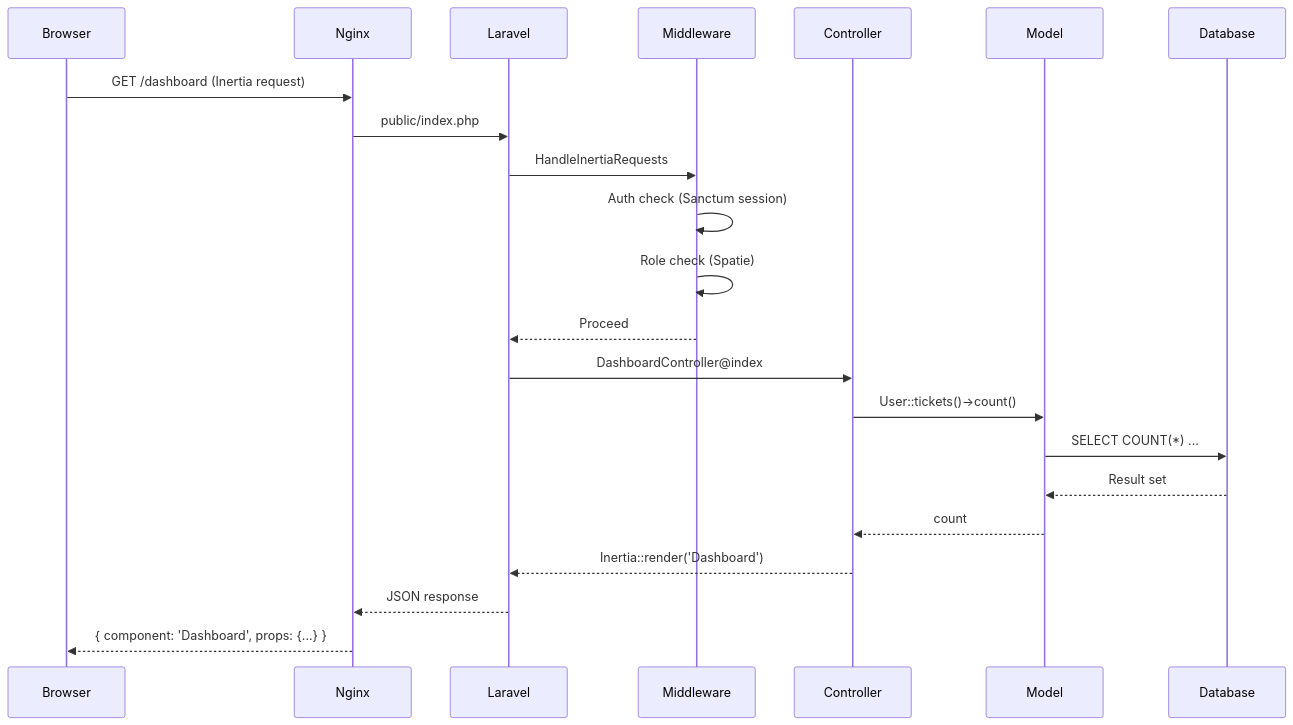
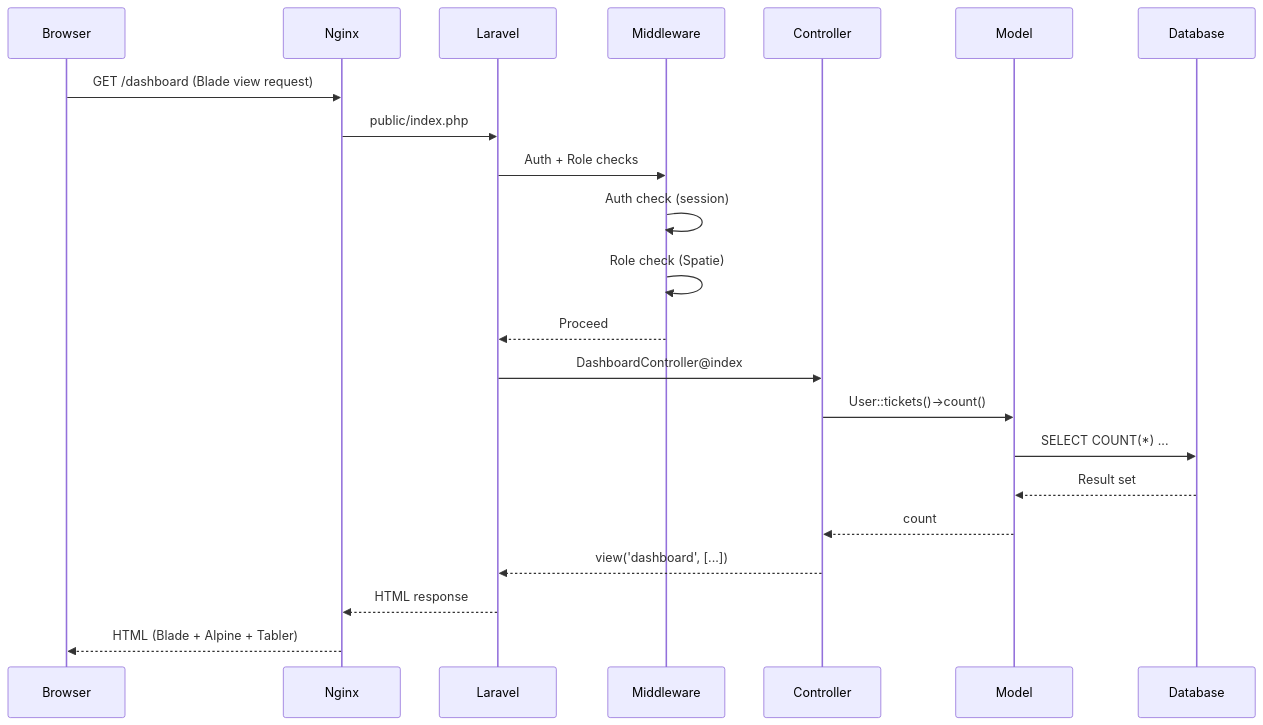
One commit to linducip2208/helpdeskai changed the first of 2 diagrams in docs/02-ARCHITECTURE.md. Above: the diagram before and after it, drawn with Mermaid. The commit also changed other lines of this file and 236 other files, not shown here.

````diff
--- a/docs/02-ARCHITECTURE.md
+++ b/docs/02-ARCHITECTURE.md
@@ -61,25 +61,25 @@
 ```mermaid
 sequenceDiagram
     participant Browser
     participant Nginx
     participant Laravel
     participant Middleware
     participant Controller
     participant Model
     participant Database
 
-    Browser->>Nginx: GET /dashboard (Inertia request)
+    Browser->>Nginx: GET /dashboard (Blade view request)
     Nginx->>Laravel: public/index.php
-    Laravel->>Middleware: HandleInertiaRequests
-    Middleware->>Middleware: Auth check (Sanctum session)
+    Laravel->>Middleware: Auth + Role checks
+    Middleware->>Middleware: Auth check (session)
     Middleware->>Middleware: Role check (Spatie)
     Middleware-->>Laravel: Proceed
     Laravel->>Controller: DashboardController@index
     Controller->>Model: User::tickets()->count()
     Model->>Database: SELECT COUNT(*) ...
     Database-->>Model: Result set
     Model-->>Controller: count
-    Controller-->>Laravel: Inertia::render('Dashboard')
-    Laravel-->>Nginx: JSON response
-    Nginx-->>Browser: { component: 'Dashboard', props: {...} }
+    Controller-->>Laravel: view('dashboard', [...])
+    Laravel-->>Nginx: HTML response
+    Nginx-->>Browser: HTML (Blade + Alpine + Tabler)
 ```
````
